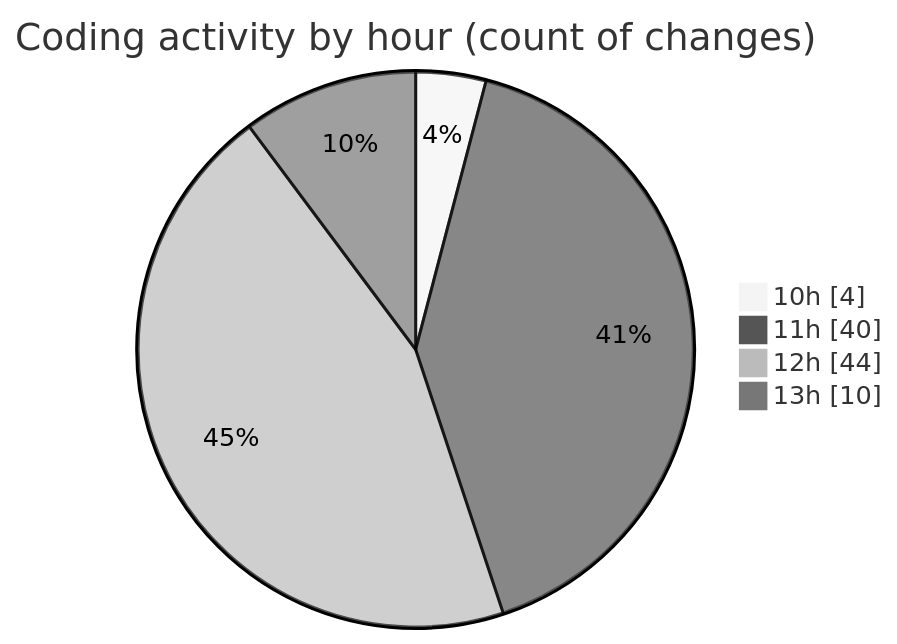
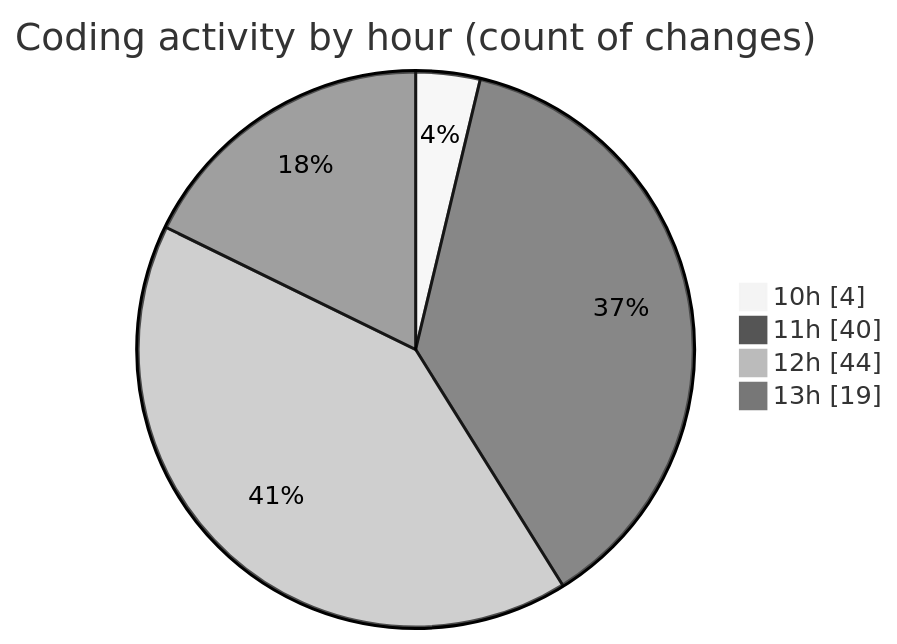
Before and after one commit to nxtqubesakshisongat/code-tracking: the second of 2 diagrams in 2025-07-28/nxtqube_webapp/README.md, drawn with Mermaid (neutral theme). The commit also changed other lines of this file and 1 other file, not shown here.

````diff
--- a/2025-07-28/nxtqube_webapp/README.md
+++ b/2025-07-28/nxtqube_webapp/README.md
@@ -54,8 +54,8 @@
 ```mermaid
 pie showData
 title Coding activity by hour (count of changes)
 "10h" : 4
 "11h" : 40
 "12h" : 44
-"13h" : 10
+"13h" : 19
 ```
````
